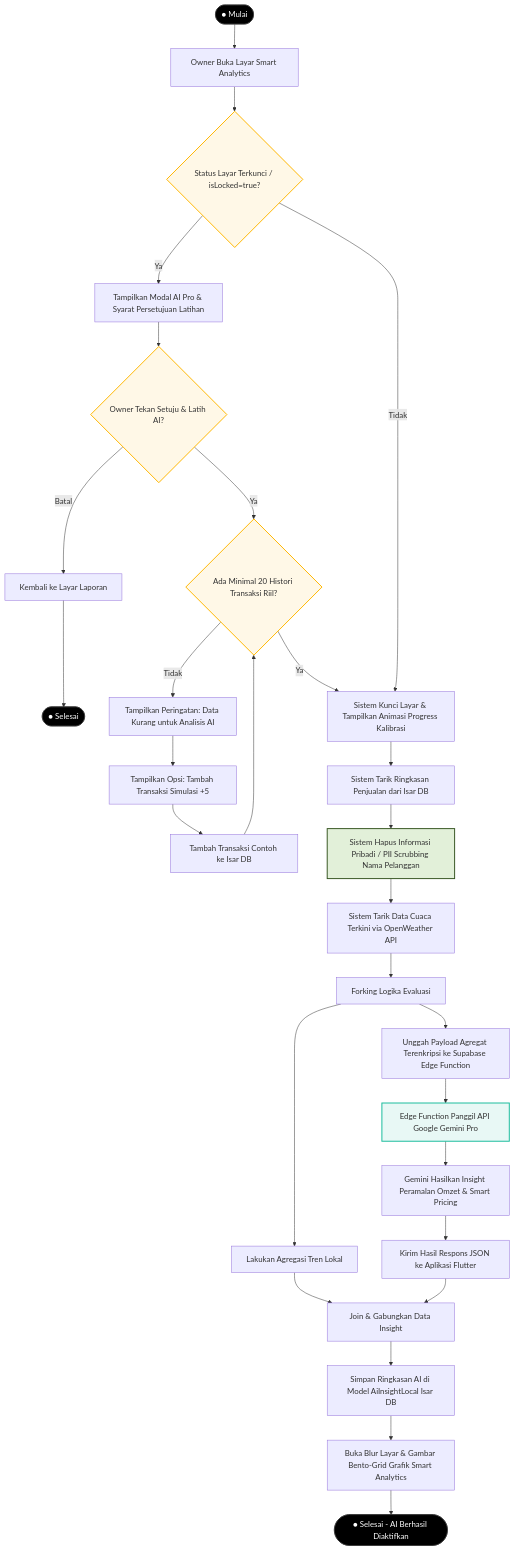
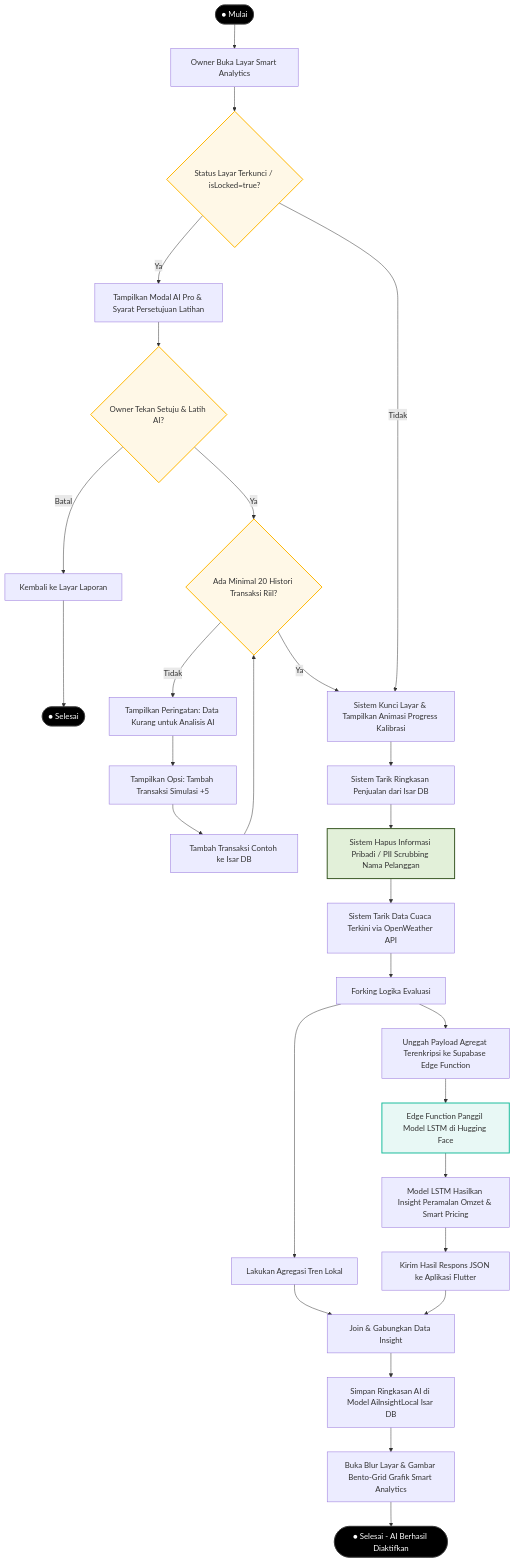
Before and after one commit to Skripsi-MKholis/pos_mobile_fork: the third of 3 diagrams in Dokumen/Rancangan/Activity Diagram.md, drawn with Mermaid. The commit also changed other lines of this file and 6 other files, not shown here.

````diff
--- a/Dokumen/Rancangan/Activity Diagram.md
+++ b/Dokumen/Rancangan/Activity Diagram.md
@@ -134,52 +134,52 @@
 ```mermaid
 flowchart TD
     Start([● Mulai]) --> OpenAIReport[Owner Buka Layar Smart Analytics]
     OpenAIReport --> CheckLock{Status Layar Terkunci / isLocked=true?}
     
     CheckLock -- Ya --> ShowLockedModal[Tampilkan Modal AI Pro & Syarat Persetujuan Latihan]
     ShowLockedModal --> AskConsent{Owner Tekan Setuju & Latih AI?}
     AskConsent -- Batal --> ReturnToReports[Kembali ke Layar Laporan]
     ReturnToReports --> EndBatal([● Selesai])
     
     AskConsent -- Ya --> CheckMinTx{Ada Minimal 20 Histori Transaksi Riil?}
     
     %% Minimum transaksi check
     CheckMinTx -- Tidak --> ShowWarningMinTx[Tampilkan Peringatan: Data Kurang untuk Analisis AI]
     ShowWarningMinTx --> ShowSimulateButton[Tampilkan Opsi: Tambah Transaksi Simulasi +5]
     ShowSimulateButton --> AddSimulateTx[Tambah Transaksi Contoh ke Isar DB]
     AddSimulateTx --> CheckMinTx
     
     CheckMinTx -- Ya --> LockScreenProgress[Sistem Kunci Layar & Tampilkan Animasi Progress Kalibrasi]
     
     %% AI Pipeline
     CheckLock -- Tidak --> LockScreenProgress
     LockScreenProgress --> FetchSalesSummary[Sistem Tarik Ringkasan Penjualan dari Isar DB]
     FetchSalesSummary --> MaskPIIData[Sistem Hapus Informasi Pribadi / PII Scrubbing Nama Pelanggan]
     MaskPIIData --> FetchWeather[Sistem Tarik Data Cuaca Terkini via OpenWeather API]
     
     FetchWeather --> ForkAI[Forking Logika Evaluasi]
     
     ForkAI --> PushSummaryToCloud[Unggah Payload Agregat Terenkripsi ke Supabase Edge Function]
     ForkAI --> LocalAggregation[Lakukan Agregasi Tren Lokal]
     
-    PushSummaryToCloud --> CallGeminiAPI[Edge Function Panggil API Google Gemini Pro]
-    CallGeminiAPI --> GenerateRecommendations[Gemini Hasilkan Insight Peramalan Omzet & Smart Pricing]
+    PushSummaryToCloud --> CallLstmAPI[Edge Function Panggil Model LSTM di Hugging Face]
+    CallLstmAPI --> GenerateRecommendations[Model LSTM Hasilkan Insight Peramalan Omzet & Smart Pricing]
     GenerateRecommendations --> ReturnResponse[Kirim Hasil Respons JSON ke Aplikasi Flutter]
     
     LocalAggregation & ReturnResponse --> JoinAI[Join & Gabungkan Data Insight]
     
     JoinAI --> CacheInsight[Simpan Ringkasan AI di Model AiInsightLocal Isar DB]
     CacheInsight --> RenderBentoDashboard[Buka Blur Layar & Gambar Bento-Grid Grafik Smart Analytics]
     
     RenderBentoDashboard --> EndSukses([● Selesai - AI Berhasil Diaktifkan])
 
     %% Styles
     style Start fill:#000,stroke:#333,color:#fff
     style EndBatal fill:#000,stroke:#333,color:#fff
     style EndSukses fill:#000,stroke:#333,color:#fff
     style CheckLock fill:#fff8e7,stroke:#ffb700,stroke-width:2px
     style AskConsent fill:#fff8e7,stroke:#ffb700,stroke-width:2px
     style CheckMinTx fill:#fff8e7,stroke:#ffb700,stroke-width:2px
     style MaskPIIData fill:#e2f0d9,stroke:#385723,stroke-width:2px
-    style CallGeminiAPI fill:#e8f8f5,stroke:#1abc9c,stroke-width:2px
+    style CallLstmAPI fill:#e8f8f5,stroke:#1abc9c,stroke-width:2px
 ```
````
